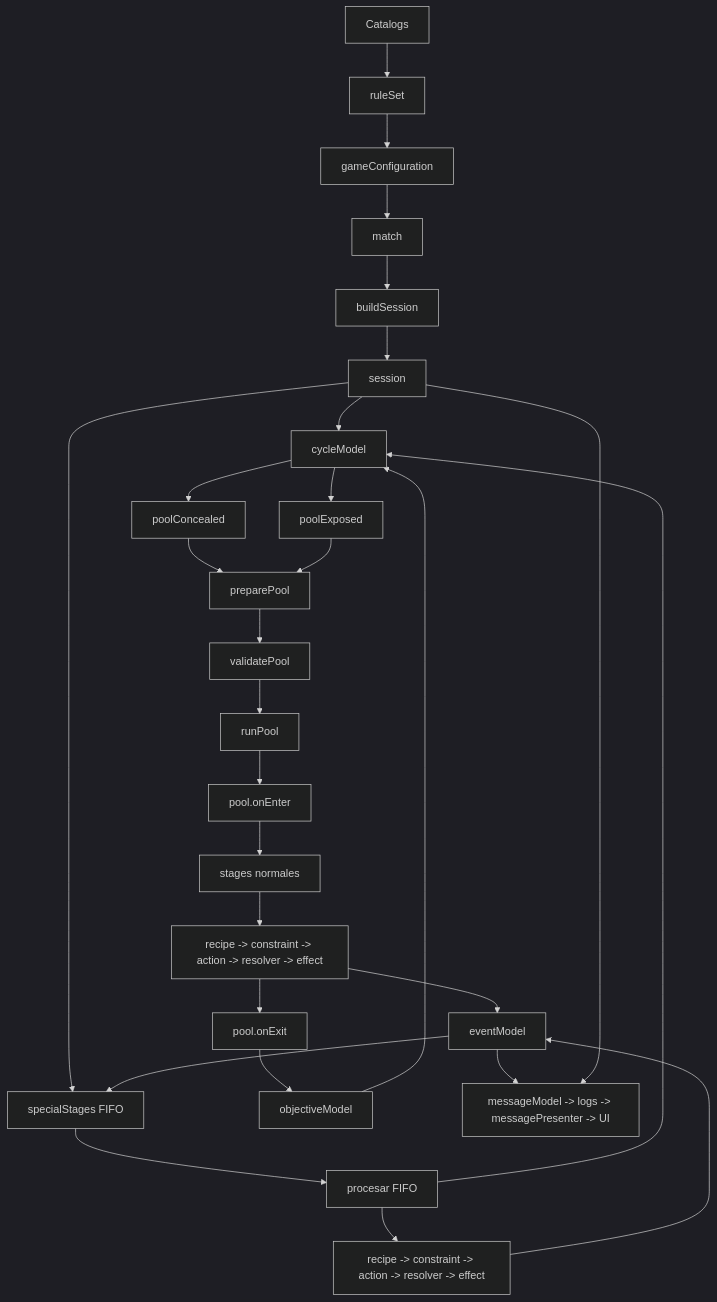
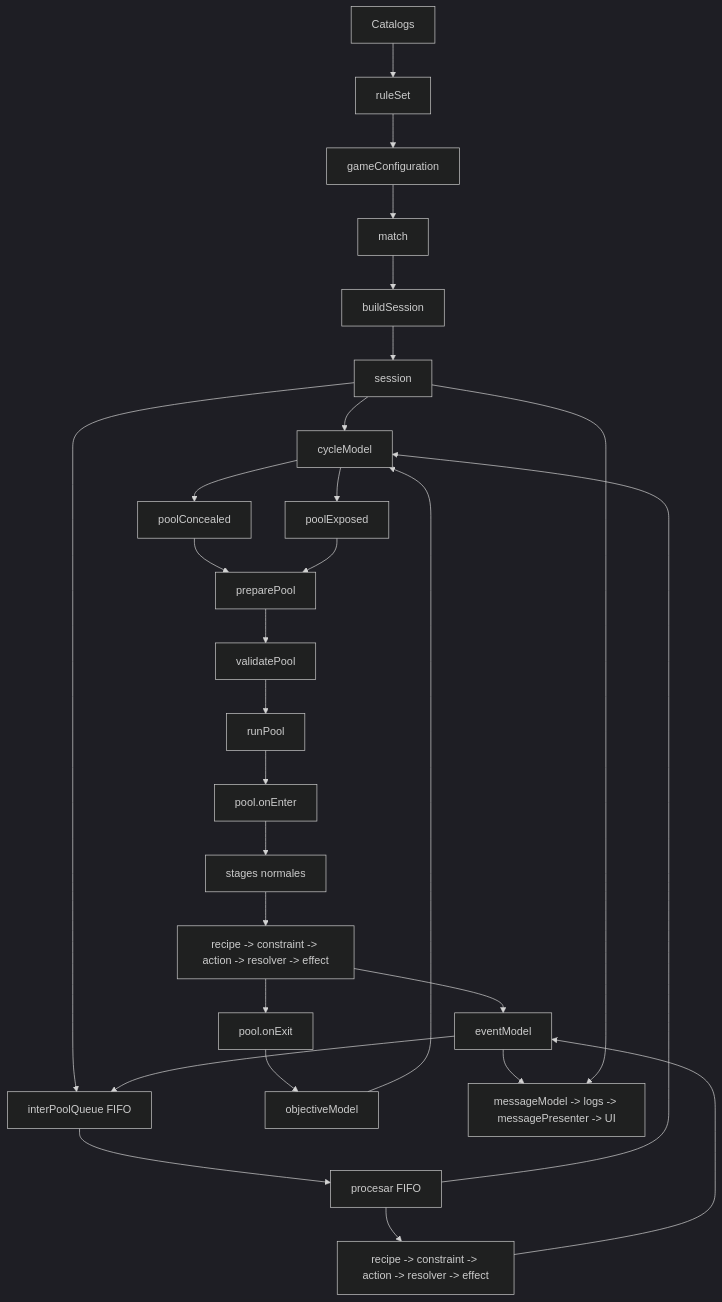
Before and after one commit to juanramonmorandeira/castronegro-director: the diagram in docs/domain_architecture.md, drawn with Mermaid (dark theme). The commit also changed other lines of this file and 53 other files, not shown here.

Commit message:
Refine domain inter-pool queue architecture

````diff
--- a/docs/domain_architecture.md
+++ b/docs/domain_architecture.md
@@ -20,53 +20,53 @@
 ```mermaid
 flowchart TD
   CATALOGS["Catalogs"]
   RULESET["ruleSet"]
   CONFIG["gameConfiguration"]
   MATCH["match"]
   BUILD["buildSession"]
   SESSION["session"]
   CYCLE["cycleModel"]
-  SPECIAL["specialStages FIFO"]
+  SPECIAL["interPoolQueue FIFO"]
   CONCEALED["poolConcealed"]
   EXPOSED["poolExposed"]
   PREPARE["preparePool"]
   VALIDATE["validatePool"]
   RUN["runPool"]
   ENTER["pool.onEnter"]
   STAGES["stages normales"]
   EXIT["pool.onExit"]
   SPECIAL_RUN["procesar FIFO"]
   NORMAL_PIPELINE["recipe -> constraint -> action -> resolver -> effect"]
   SPECIAL_PIPELINE["recipe -> constraint -> action -> resolver -> effect"]
   EVENTS["eventModel"]
   OBJECTIVES["objectiveModel"]
   MESSAGES["messageModel -> logs -> messagePresenter -> UI"]
 
   CATALOGS --> RULESET
   RULESET --> CONFIG
   CONFIG --> MATCH
   MATCH --> BUILD
   BUILD --> SESSION
   SESSION --> CYCLE
   SESSION --> SPECIAL
   CYCLE --> CONCEALED
   CYCLE --> EXPOSED
   CONCEALED --> PREPARE
   EXPOSED --> PREPARE
   PREPARE --> VALIDATE
   VALIDATE --> RUN
   RUN --> ENTER
   ENTER --> STAGES
   STAGES --> NORMAL_PIPELINE
   NORMAL_PIPELINE --> EVENTS
   EVENTS --> SPECIAL
   EVENTS --> MESSAGES
   SPECIAL --> SPECIAL_RUN
   SPECIAL_RUN --> SPECIAL_PIPELINE
   SPECIAL_PIPELINE --> EVENTS
   SPECIAL_RUN --> CYCLE
   NORMAL_PIPELINE --> EXIT
   EXIT --> OBJECTIVES
   OBJECTIVES --> CYCLE
   SESSION --> MESSAGES
 ```
````
